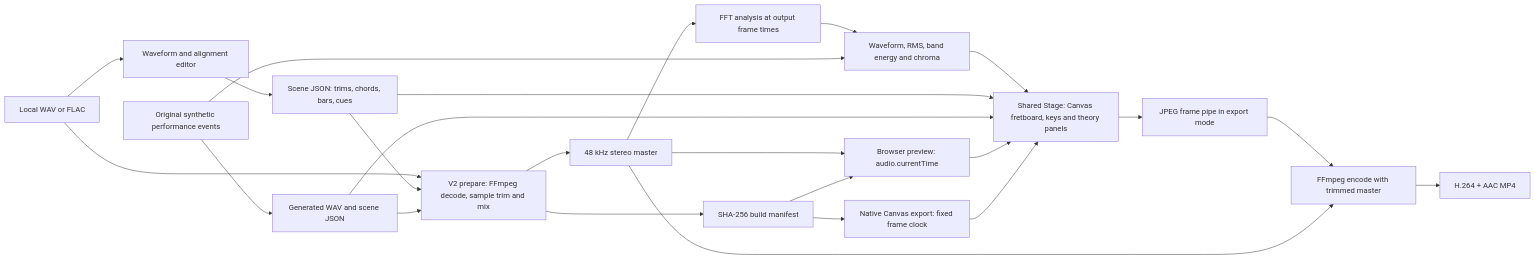
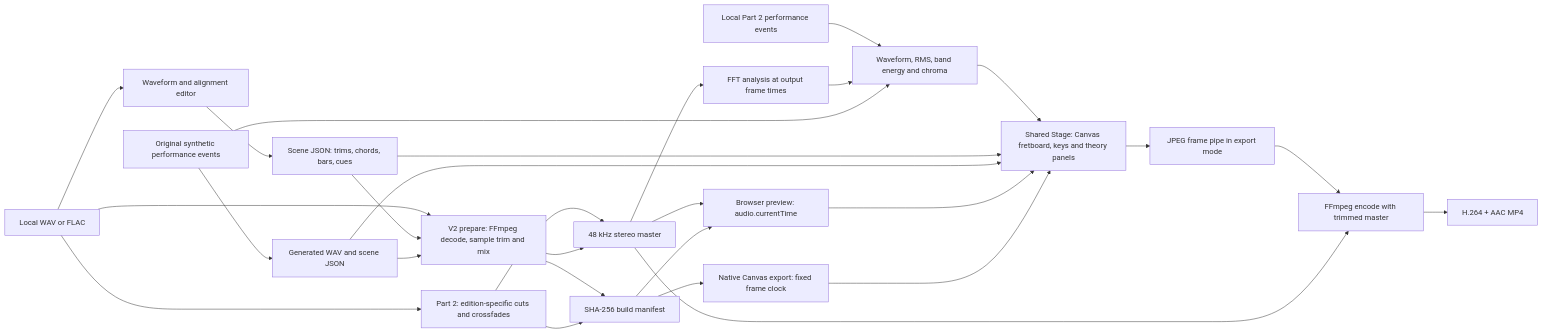
Before and after one commit to GSflaming/dorian-mode-visualizer: the diagram in README.md, drawn with Mermaid. The commit also changed 4 other files, not shown here.

````diff
--- a/README.md
+++ b/README.md
@@ -56,26 +56,30 @@
 ```mermaid
 flowchart LR
     Local["Local WAV or FLAC"] --> Align["Waveform and alignment editor"]
     Align --> Config["Scene JSON: trims, chords, bars, cues"]
     Demo["Original synthetic performance events"] --> Synthetic["Generated WAV and scene JSON"]
     Local --> Prepare["V2 prepare: FFmpeg decode, sample trim and mix"]
     Config --> Prepare
     Synthetic --> Prepare
+    Local --> Part2["Part 2: edition-specific cuts and crossfades"]
+    Part2 --> Master
+    Study["Local Part 2 performance events"] --> Features
     Prepare --> Master["48 kHz stereo master"]
     Master --> DSP["FFT analysis at output frame times"]
     DSP --> Features["Waveform, RMS, band energy and chroma"]
     Demo --> Features
     Prepare --> Manifest["SHA-256 build manifest"]
+    Part2 --> Manifest
     Master --> Browser["Browser preview: audio.currentTime"]
     Features --> Canvas["Shared Stage: Canvas fretboard, keys and theory panels"]
     Config --> Canvas
     Synthetic --> Canvas
     Browser --> Canvas
     Manifest --> Browser
     Manifest --> Native["Native Canvas export: fixed frame clock"]
     Native --> Canvas
     Canvas --> Frames["JPEG frame pipe in export mode"]
     Frames --> FFmpeg["FFmpeg encode with trimmed master"]
     Master --> FFmpeg
     FFmpeg --> MP4["H.264 + AAC MP4"]
 ```
````
